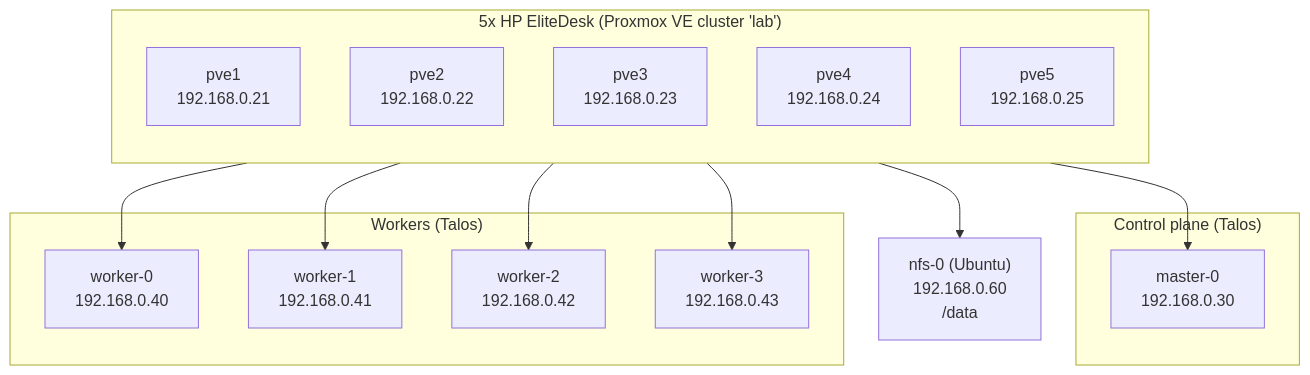
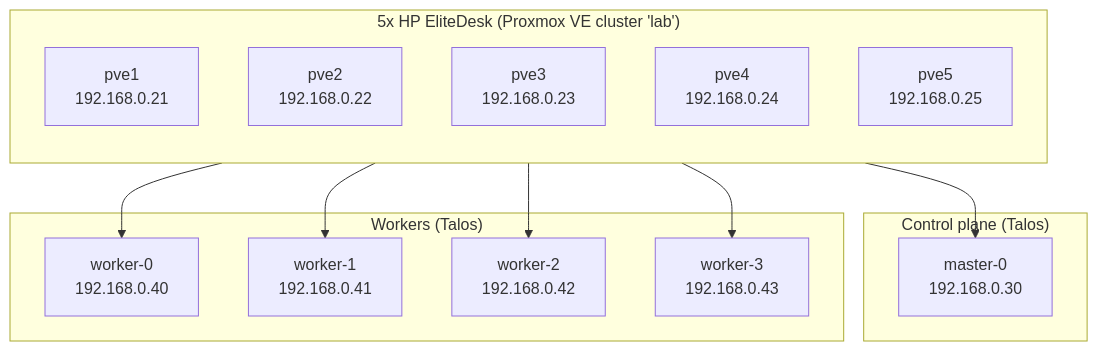
The first of 5 diagrams in docs/architecture.md (DTLP/homelab), drawn with Mermaid before and after one commit. The commit also changed other lines of this file and 22 other files, not shown here.

````diff
--- a/docs/architecture.md
+++ b/docs/architecture.md
@@ -13,31 +13,28 @@
 ```mermaid
 flowchart TB
     subgraph Phys["5x HP EliteDesk (Proxmox VE cluster 'lab')"]
         direction TB
         P1["pve1<br/>192.168.0.21"]
         P2["pve2<br/>192.168.0.22"]
         P3["pve3<br/>192.168.0.23"]
         P4["pve4<br/>192.168.0.24"]
         P5["pve5<br/>192.168.0.25"]
     end
 
     subgraph CP["Control plane (Talos)"]
         M0["master-0<br/>192.168.0.30"]
     end
 
     subgraph WK["Workers (Talos)"]
         W0["worker-0<br/>192.168.0.40"]
         W1["worker-1<br/>192.168.0.41"]
         W2["worker-2<br/>192.168.0.42"]
         W3["worker-3<br/>192.168.0.43"]
     end
 
-    NFS["nfs-0 (Ubuntu)<br/>192.168.0.60<br/>/data"]
-
     P1 --> M0
     P2 --> W0
     P3 --> W1
     P4 --> W2
     P5 --> W3
-    P5 --> NFS
 ```
````
